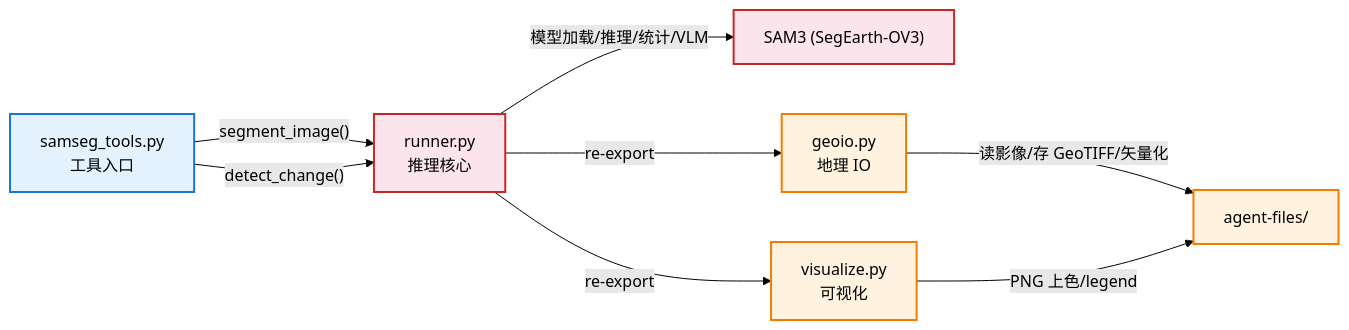
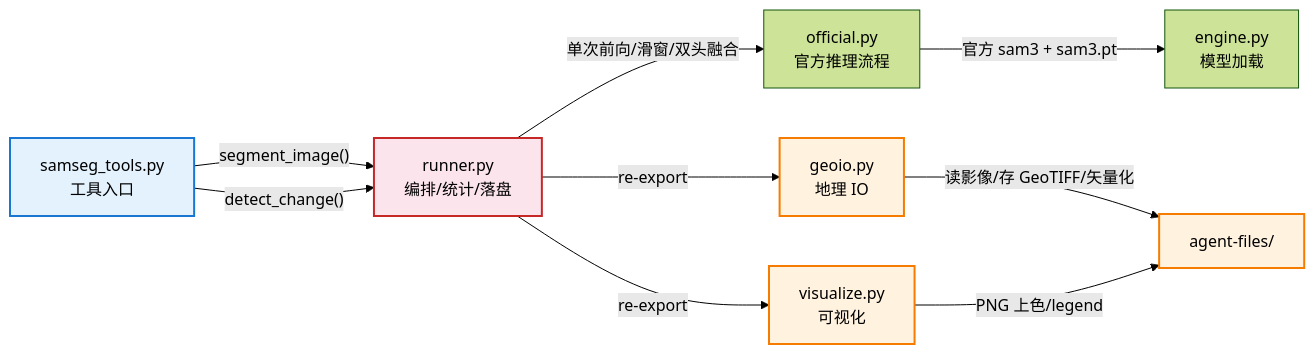
The second of 2 diagrams in docs/model/impl-model.md (qianxiR/Agent-RSCD), drawn with Mermaid (forest theme) before and after one commit. The commit also changed other lines of this file and 209 other files, not shown here.

````diff
--- a/docs/model/impl-model.md
+++ b/docs/model/impl-model.md
@@ -250,17 +251,18 @@
 ```mermaid
 graph LR
     TOOLS["samseg_tools.py<br/>工具入口"] -->|"segment_image()"| RUNNER
     TOOLS -->|"detect_change()"| RUNNER
-    RUNNER["runner.py<br/>推理核心"] -->|"模型加载/推理/统计/VLM"| SAM3["SAM3 (SegEarth-OV3)"]
+    RUNNER["runner.py<br/>编排/统计/落盘"] -->|"单次前向/滑窗/双头融合"| OFFICIAL["official.py<br/>官方推理流程"]
+    OFFICIAL -->|"官方 sam3 + sam3.pt"| ENGINE["engine.py<br/>模型加载"]
     RUNNER -->|"re-export"| GEOIO["geoio.py<br/>地理 IO"]
     RUNNER -->|"re-export"| VIZ["visualize.py<br/>可视化"]
     GEOIO -->|"读影像/存 GeoTIFF/矢量化"| FS["agent-files/"]
     VIZ -->|"PNG 上色/legend"| FS
 
     classDef entry fill:#e3f2fd,stroke:#1976d2,stroke-width:2px
     classDef core fill:#fce4ec,stroke:#c62828,stroke-width:2px
     classDef io fill:#fff3e0,stroke:#f57c00,stroke-width:2px
     class TOOLS entry
     class RUNNER,SAM3 core
     class GEOIO,VIZ,FS io
 ```
````
